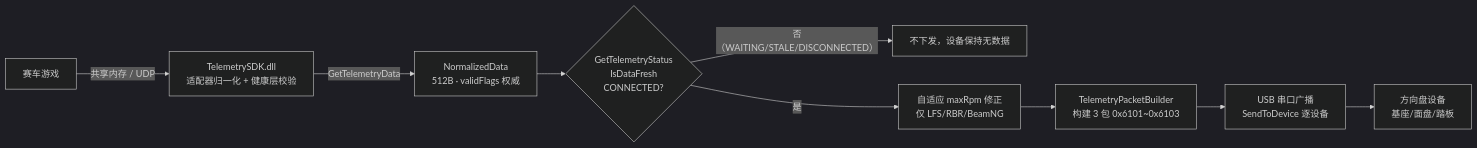
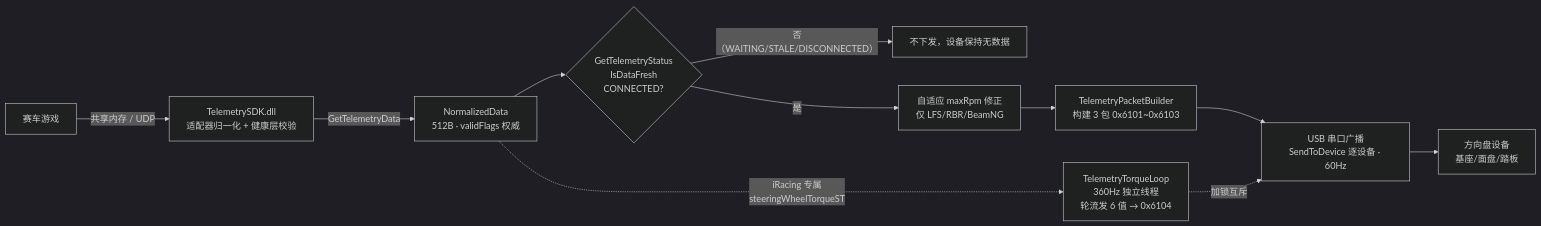
One commit to bwj1348/HITAPEX changed the first of 2 diagrams in docs/遥测数据包字段处理流程技术文档.md. Above: the diagram before and after it, drawn with Mermaid (dark theme). The commit also changed other lines of this file and 32 other files, not shown here.

````diff
--- a/docs/遥测数据包字段处理流程技术文档.md
+++ b/docs/遥测数据包字段处理流程技术文档.md
@@ -17,11 +17,13 @@
 ```mermaid
 flowchart LR
     G[赛车游戏] -->|共享内存 / UDP| SDK[TelemetrySDK.dll<br/>适配器归一化 + 健康层校验]
     SDK -->|GetTelemetryData| ND[NormalizedData<br/>512B · validFlags 权威]
     ND --> GATE{GetTelemetryStatus<br/>IsDataFresh<br/>CONNECTED?}
     GATE -- 否（WAITING/STALE/DISCONNECTED）--> SKIP[不下发，设备保持无数据]
     GATE -- 是 --> AR[自适应 maxRpm 修正<br/>仅 LFS/RBR/BeamNG]
     AR --> B[TelemetryPacketBuilder<br/>构建 3 包 0x6101~0x6103]
-    B --> D[USB 串口广播<br/>SendToDevice 逐设备]
+    B --> D[USB 串口广播<br/>SendToDevice 逐设备 · 60Hz]
     D --> DEV[方向盘设备<br/>基座/面盘/踏板]
+    ND -.iRacing 专属<br/>steeringWheelTorqueST.-> TORQUE[TelemetryTorqueLoop<br/>360Hz 独立线程<br/>轮流发 6 值 → 0x6104]
+    TORQUE -.加锁互斥.-> D
 ```
````
